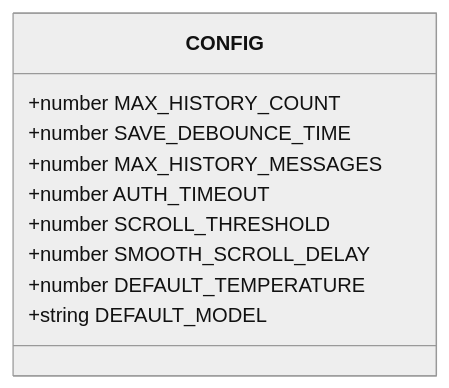
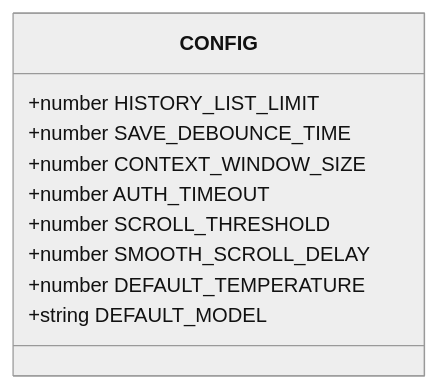
Before and after one commit to zfyime/chat-mini: the fourth of 9 diagrams in .qoder/repowiki/zh/content/组件架构/ChatHistory组件.md, drawn with Mermaid (neutral theme). The commit also changed other lines of this file and 52 other files, not shown here.

````diff
--- a/.qoder/repowiki/zh/content/组件架构/ChatHistory组件.md
+++ b/.qoder/repowiki/zh/content/组件架构/ChatHistory组件.md
@@ -126,13 +126,13 @@
 ```mermaid
 classDiagram
 class CONFIG {
-+number MAX_HISTORY_COUNT
++number HISTORY_LIST_LIMIT
 +number SAVE_DEBOUNCE_TIME
-+number MAX_HISTORY_MESSAGES
++number CONTEXT_WINDOW_SIZE
 +number AUTH_TIMEOUT
 +number SCROLL_THRESHOLD
 +number SMOOTH_SCROLL_DELAY
 +number DEFAULT_TEMPERATURE
 +string DEFAULT_MODEL
 }
 ```
````
